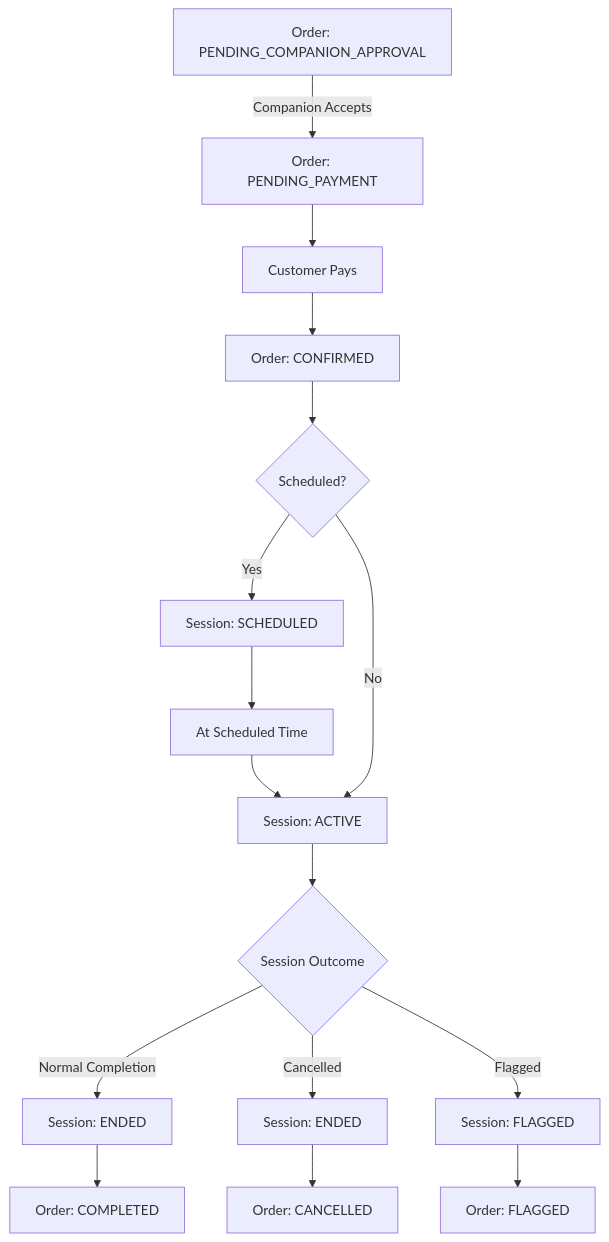
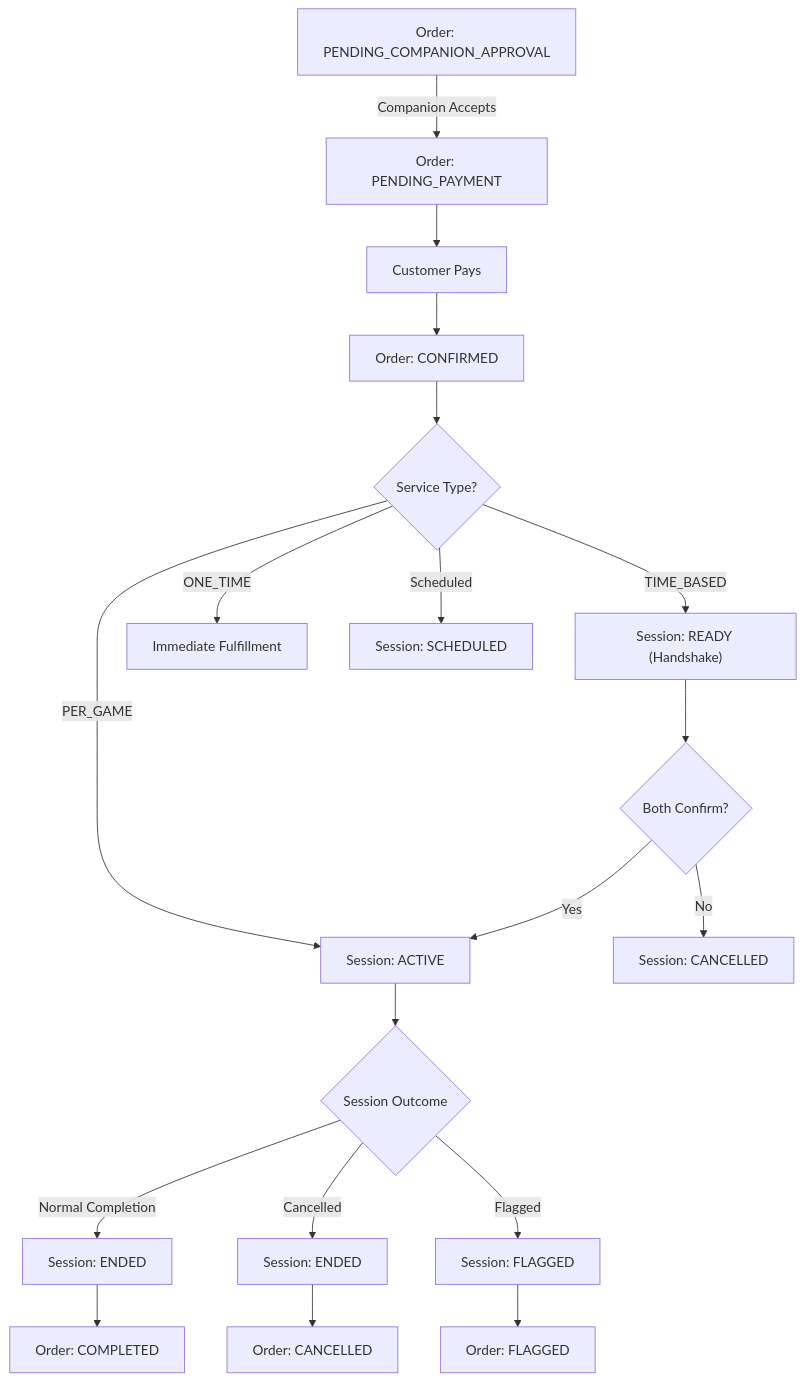
Before and after one commit to mehdi-ben-abdessalem/X-platform-docs: the diagram in companion-section-docs/02-companion-entities-and-states.md.md, drawn with Mermaid. The commit also changed other lines of this file and 9 other files, not shown here.

````diff
--- a/companion-section-docs/02-companion-entities-and-states.md.md
+++ b/companion-section-docs/02-companion-entities-and-states.md.md
@@ -153,26 +170,29 @@
 ```mermaid
 flowchart TD
 
 A["Order: PENDING_COMPANION_APPROVAL"] -->|Companion Accepts| B["Order: PENDING_PAYMENT"]
 B --> C["Customer Pays"]
 C --> D["Order: CONFIRMED"]
 
-D --> E{"Scheduled?"}
+D --> E{"Service Type?"}
 
-E -->|Yes| F["Session: SCHEDULED"]
-F --> G["At Scheduled Time"]
-G --> H["Session: ACTIVE"]
+E -->|TIME_BASED| F["Session: READY (Handshake)"]
+F --> G{"Both Confirm?"}
+G -->|Yes| H["Session: ACTIVE"]
+G -->|No| I["Session: CANCELLED"]
 
-E -->|No| H["Session: ACTIVE"]
+E -->|PER_GAME| H
+E -->|ONE_TIME| J["Immediate Fulfillment"]
+E -->|Scheduled| K["Session: SCHEDULED"]
 
-H --> I{"Session Outcome"}
+H --> L{"Session Outcome"}
 
-I -->|Normal Completion| J["Session: ENDED"]
-J --> K["Order: COMPLETED"]
+L -->|Normal Completion| M["Session: ENDED"]
+M --> N["Order: COMPLETED"]
 
-I -->|Cancelled| L["Session: ENDED"]
-L --> M["Order: CANCELLED"]
+L -->|Cancelled| O["Session: ENDED"]
+O --> P["Order: CANCELLED"]
 
-I -->|Flagged| N["Session: FLAGGED"]
-N --> O["Order: FLAGGED"]
+L -->|Flagged| Q["Session: FLAGGED"]
+Q --> R["Order: FLAGGED"]
 ```
````
